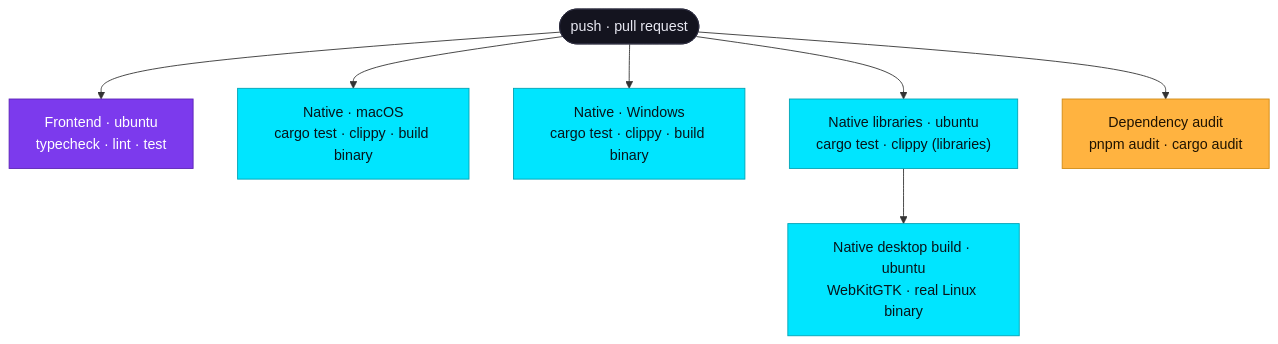
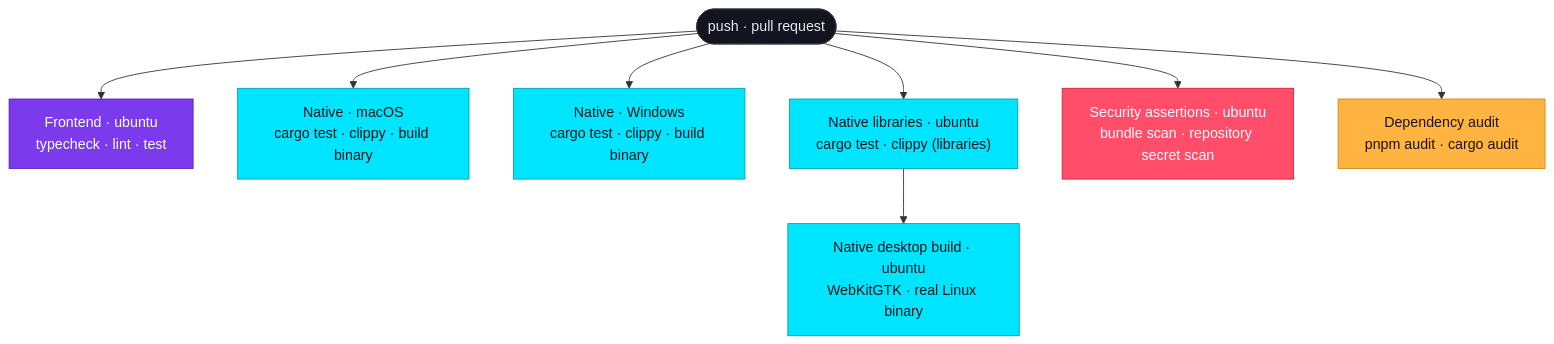
The second of 3 diagrams in docs/operations-and-releases.md (kartikeyajay2006/jky-terminal), drawn with Mermaid before and after one commit. The commit also changed other lines of this file and 2 other files, not shown here.

Commit message:
docs: describe the security-assertions CI job
The CI descriptions listed every job except the one that rebuilds the bundle,
scans it for credentials, and fails if an API key for any supported provider
is committed outside docs/. It now appears in the README pipeline, the
operations guide and the security guide's list of enforced checks.

````diff
--- a/docs/operations-and-releases.md
+++ b/docs/operations-and-releases.md
@@ -56,15 +56,17 @@
 ```mermaid
 flowchart TB
-    P([push · pull request]):::ink --> FE & NM & NW & LT & AU
+    P([push · pull request]):::ink --> FE & NM & NW & LT & SA & AU
     FE["Frontend · ubuntu<br/>typecheck · lint · test"]:::violet
     NM["Native · macOS<br/>cargo test · clippy · build binary"]:::cyan
     NW["Native · Windows<br/>cargo test · clippy · build binary"]:::cyan
     LT["Native libraries · ubuntu<br/>cargo test · clippy (libraries)"]:::cyan
     LT --> LD["Native desktop build · ubuntu<br/>WebKitGTK · real Linux binary"]:::cyan
+    SA["Security assertions · ubuntu<br/>bundle scan · repository secret scan"]:::red
     AU["Dependency audit<br/>pnpm audit · cargo audit"]:::amber
 
     classDef ink fill:#14141f,stroke:#2a2a3c,color:#e8e8f2
     classDef cyan fill:#00e5ff,stroke:#00a3b5,color:#06141a
     classDef amber fill:#ffb340,stroke:#d18a12,color:#1f1300
     classDef violet fill:#7c3aed,stroke:#5b21b6,color:#ffffff
+    classDef red fill:#ff4d6a,stroke:#d91f3d,color:#ffffff
 ```
````
